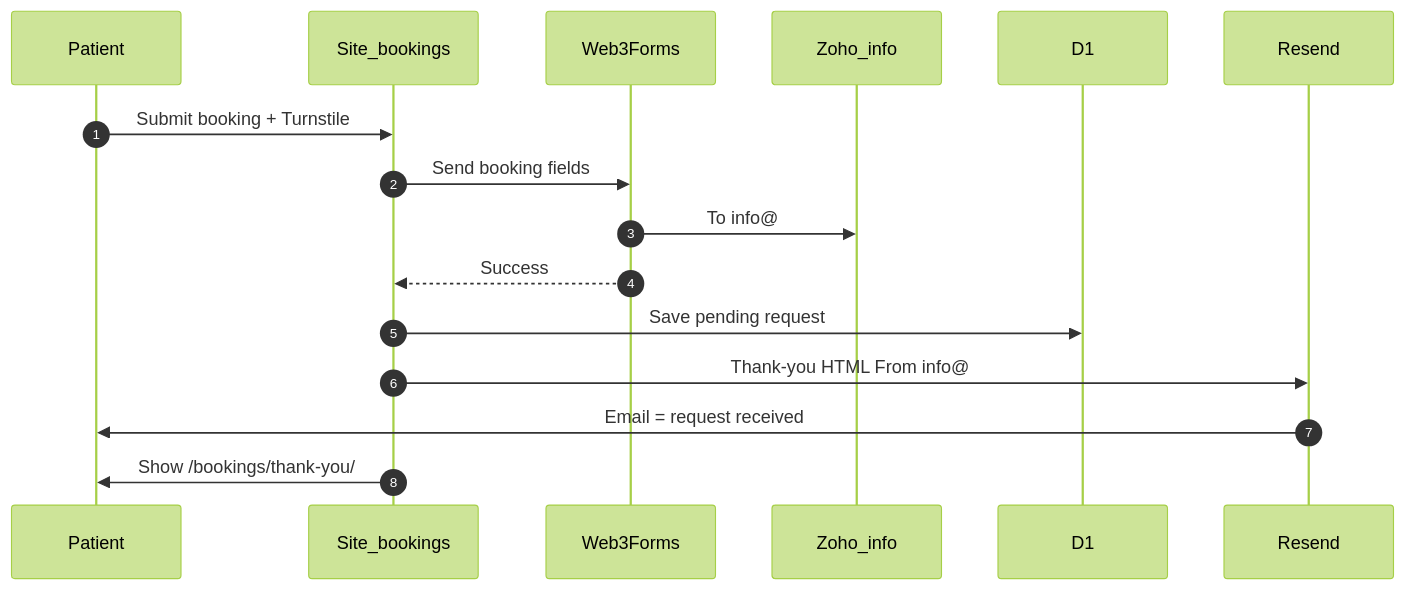
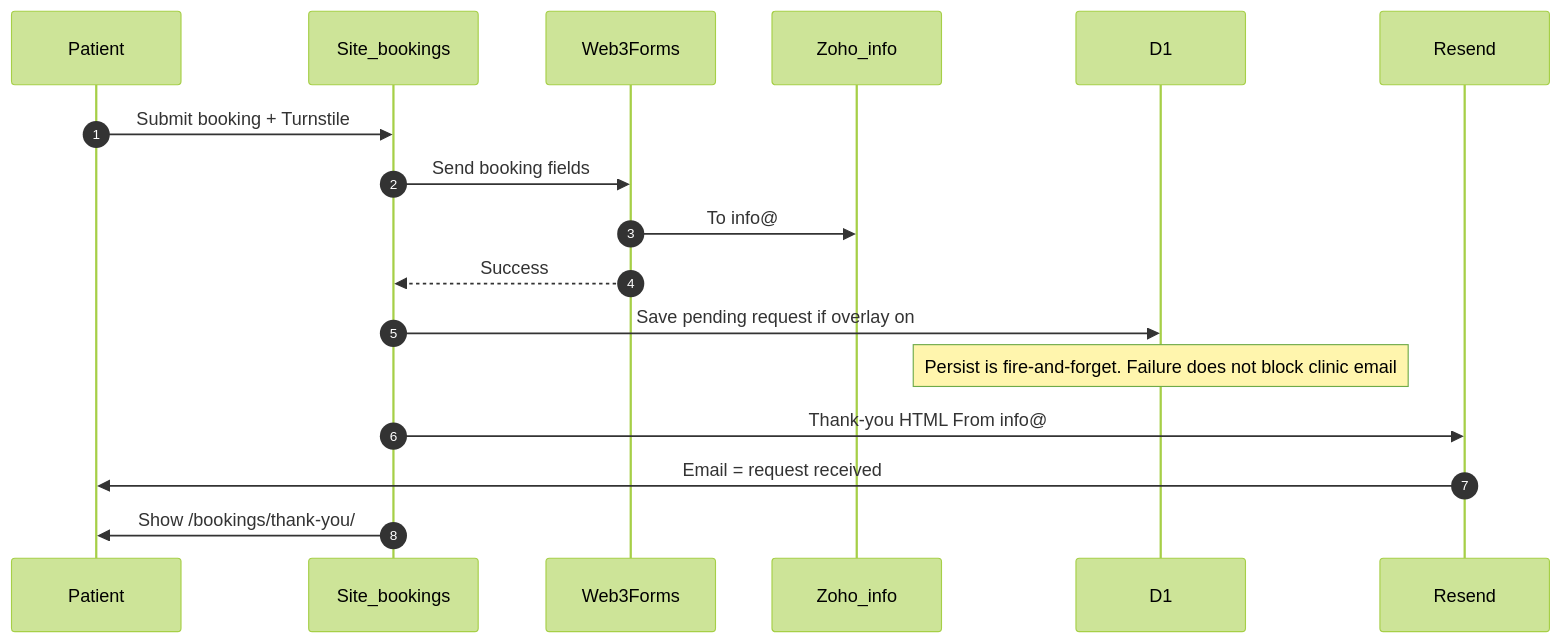
One commit to hbacalso1229/wellness-needles changed the diagram in docs/booking-sequence-request.mmd. Above: the diagram before and after it, drawn with Mermaid (forest theme). The commit also changed 24 other files, not shown here.

```diff
--- a/docs/booking-sequence-request.mmd
+++ b/docs/booking-sequence-request.mmd
@@ -1,17 +1,18 @@
 sequenceDiagram
   autonumber
   participant Patient
   participant Site_bookings
   participant Web3Forms
   participant Zoho_info
   participant D1
   participant Resend
 
   Patient->>Site_bookings: Submit booking + Turnstile
   Site_bookings->>Web3Forms: Send booking fields
   Web3Forms->>Zoho_info: To info@
   Web3Forms-->>Site_bookings: Success
-  Site_bookings->>D1: Save pending request
+  Site_bookings->>D1: Save pending request if overlay on
+  Note over D1: Persist is fire-and-forget. Failure does not block clinic email
   Site_bookings->>Resend: Thank-you HTML From info@
   Resend->>Patient: Email = request received
   Site_bookings->>Patient: Show /bookings/thank-you/
```
